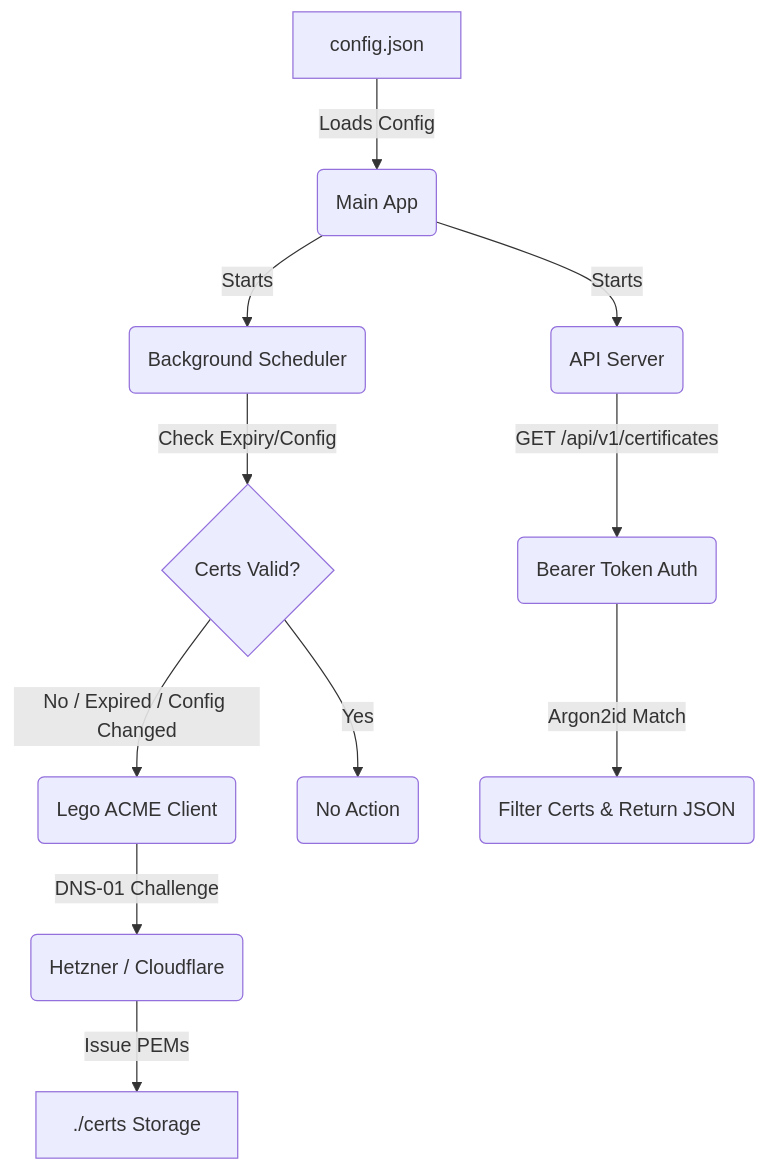
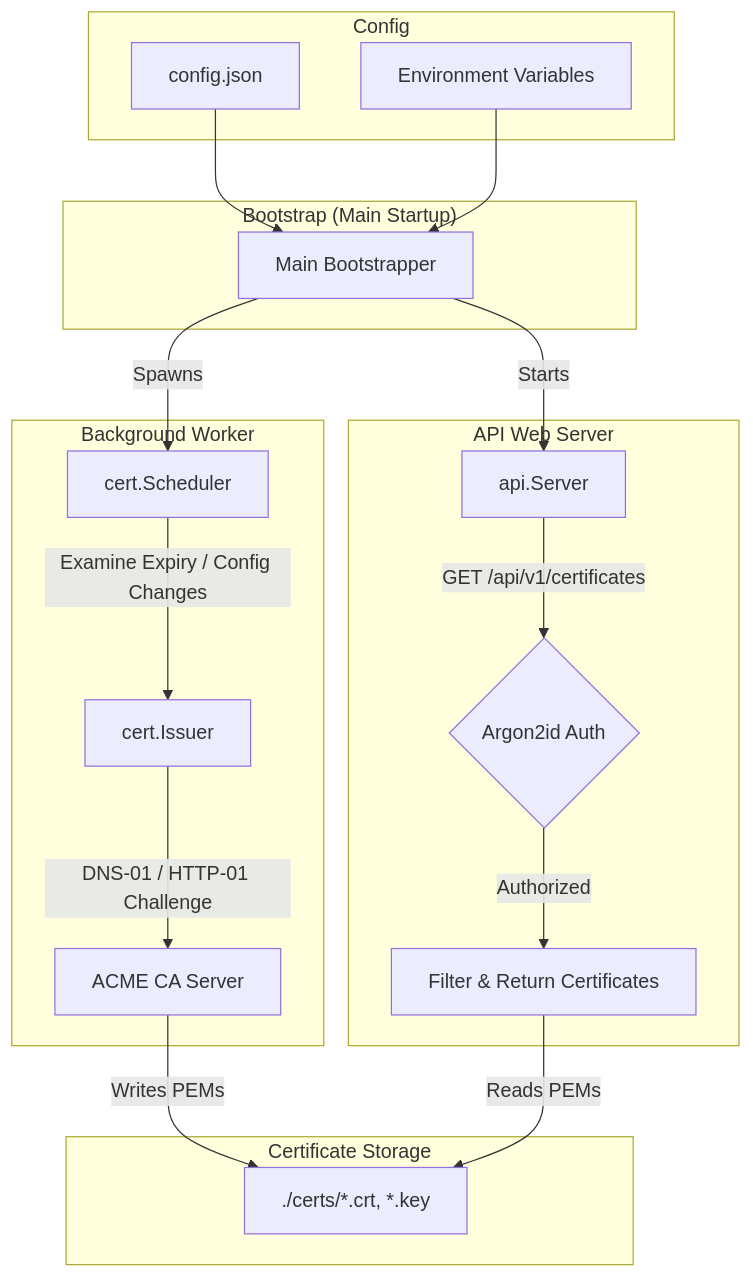
One commit to Menschomat/certer changed the diagram in README.md. Above: the diagram before and after it, drawn with Mermaid. The commit also changed other lines of this file, not shown here.

Commit message:
docs: update architecture mermaid and config schema in README

````diff
--- a/README.md
+++ b/README.md
@@ -9,13 +9,33 @@
 ```mermaid
 graph TD
-    A[config.json] -->|Loads Config| B(Main App)
-    B -->|Starts| C(Background Scheduler)
-    B -->|Starts| D(API Server)
-    C -->|Check Expiry/Config| E{Certs Valid?}
-    E -->|No / Expired / Config Changed| F(Lego ACME Client)
-    F -->|DNS-01 Challenge| G(Hetzner / Cloudflare)
-    G -->|Issue PEMs| H[./certs Storage]
-    E -->|Yes| I(No Action)
-    D -->|GET /api/v1/certificates| J(Bearer Token Auth)
-    J -->|Argon2id Match| K(Filter Certs & Return JSON)
+    subgraph Config
+        JSON[config.json]
+        Env[Environment Variables]
+    end
+
+    subgraph Service["Bootstrap (Main Startup)"]
+        Startup[Main Bootstrapper]
+        JSON --> Startup
+        Env --> Startup
+    end
+
+    subgraph BackgroundWorker["Background Worker"]
+        Sched[cert.Scheduler] -->|Examine Expiry / Config Changes| Issuer[cert.Issuer]
+        Issuer -->|DNS-01 / HTTP-01 Challenge| ACME[ACME CA Server]
+    end
+
+    subgraph WebServer["API Web Server"]
+        API[api.Server] -->|GET /api/v1/certificates| Auth{Argon2id Auth}
+        Auth -->|Authorized| Filter[Filter & Return Certificates]
+    end
+
+    subgraph Storage["Certificate Storage"]
+        Certs[./certs/*.crt, *.key]
+    end
+
+    Startup -->|Spawns| Sched
+    Startup -->|Starts| API
+    
+    ACME -->|Writes PEMs| Certs
+    Filter -->|Reads PEMs| Certs
 ```
````
